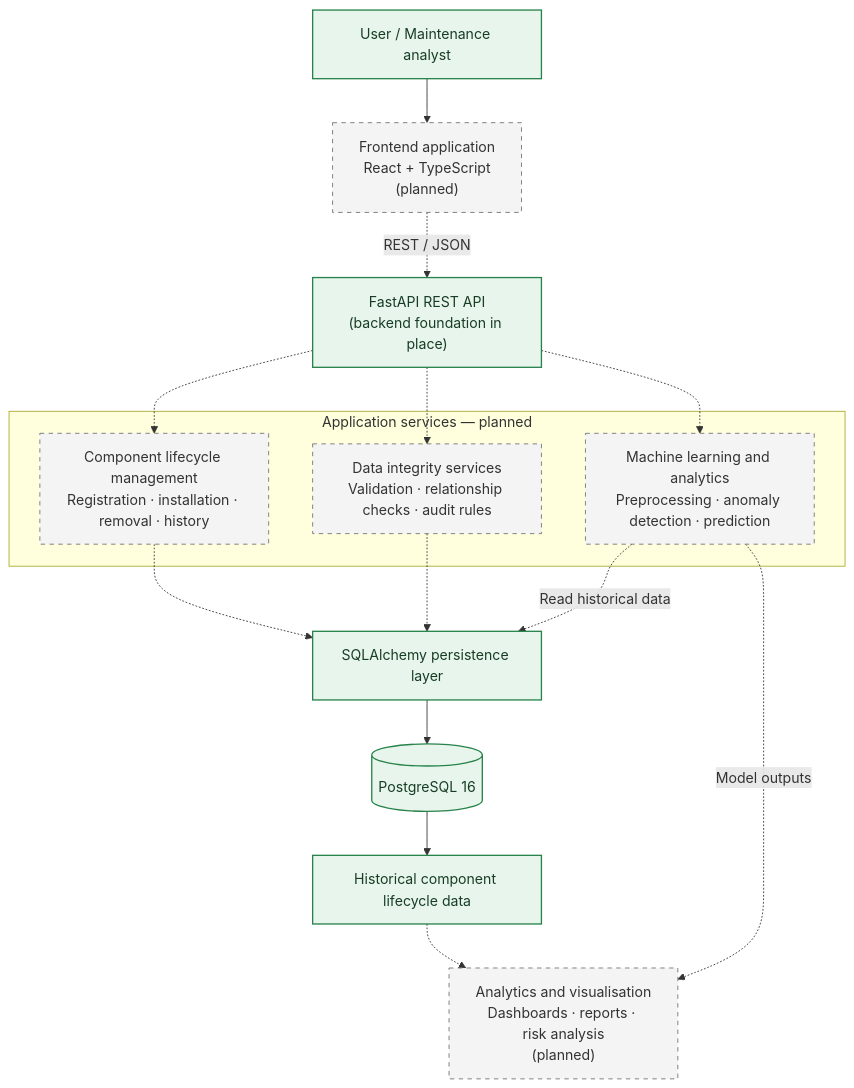
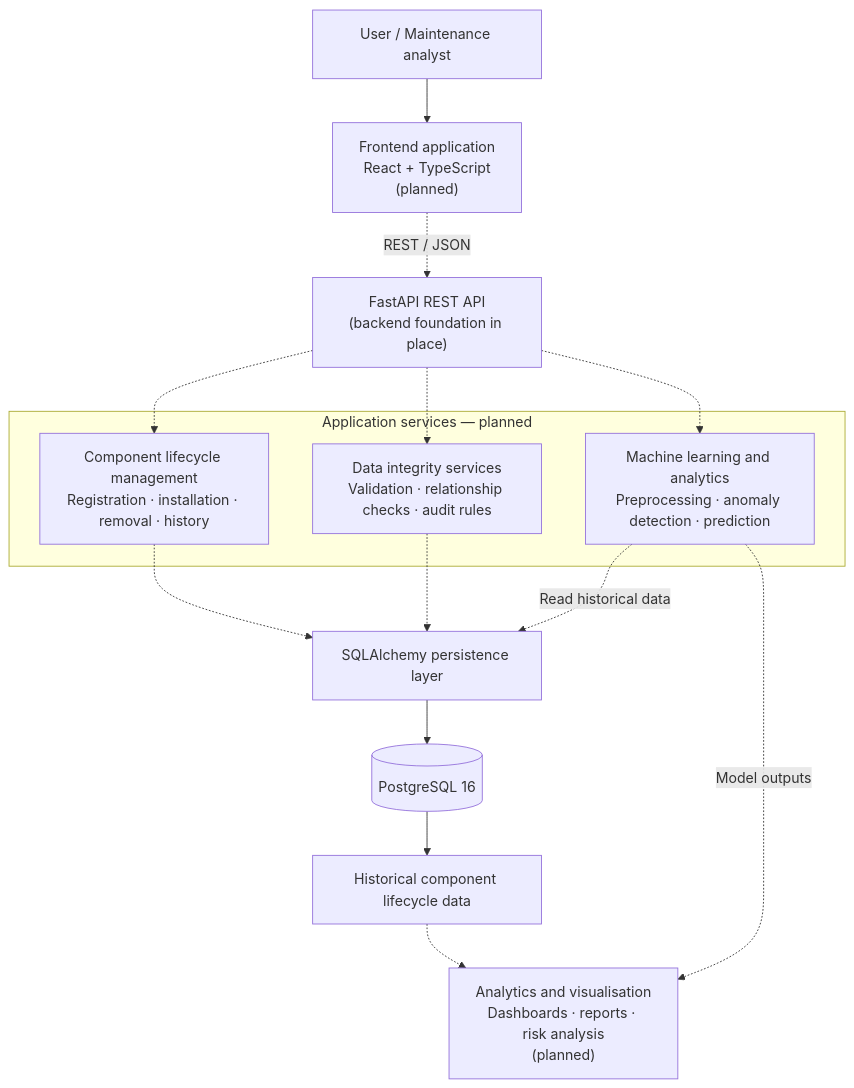
One commit to krista9669/aerotrace changed the second of 2 diagrams in README.md. Above: the diagram before and after it, drawn with Mermaid. The commit also changed other lines of this file and 8 other files, not shown here.

````diff
--- a/README.md
+++ b/README.md
@@ -140,35 +157,27 @@
 ```mermaid
 flowchart TB
     User["User / Maintenance analyst"]
     UI["Frontend application<br/>React + TypeScript<br/>(planned)"]
     API["FastAPI REST API<br/>(backend foundation in place)"]
-
     subgraph Services["Application services — planned"]
         Lifecycle["Component lifecycle management<br/>Registration · installation · removal · history"]
         Integrity["Data integrity services<br/>Validation · relationship checks · audit rules"]
         ML["Machine learning and analytics<br/>Preprocessing · anomaly detection · prediction"]
     end
-
     ORM["SQLAlchemy persistence layer"]
     DB[("PostgreSQL 16")]
     History["Historical component lifecycle data"]
     Outputs["Analytics and visualisation<br/>Dashboards · reports · risk analysis<br/>(planned)"]
-
     User --> UI
     UI -.->|"REST / JSON"| API
     API -.-> Lifecycle
     API -.-> Integrity
     API -.-> ML
     Lifecycle -.-> ORM
     Integrity -.-> ORM
     ML -.->|"Read historical data"| ORM
     ORM --> DB
     DB --> History
     History -.-> Outputs
     ML -.->|"Model outputs"| Outputs
-
-    classDef foundation fill:#e8f5ec,stroke:#27834a,color:#173d25,stroke-width:1.5px;
-    classDef planned fill:#f4f4f5,stroke:#737373,color:#333333,stroke-dasharray:5 5;
-    class User,API,ORM,DB,History foundation;
-    class UI,Lifecycle,Integrity,ML,Outputs planned;
 ```
````
